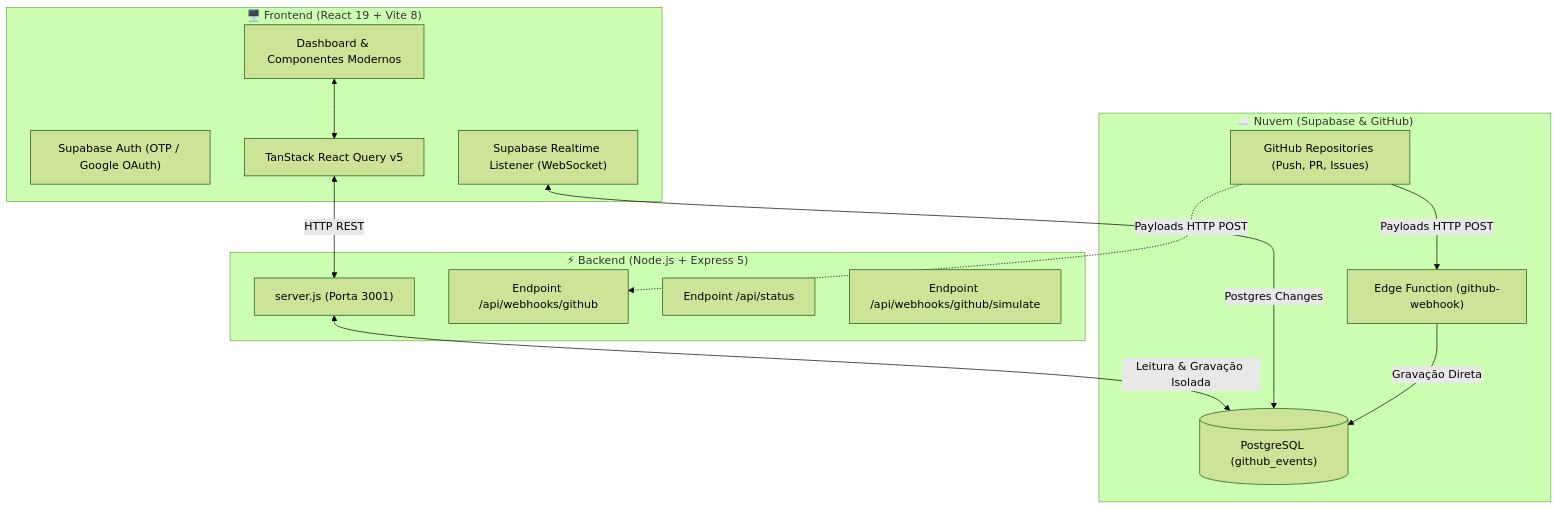
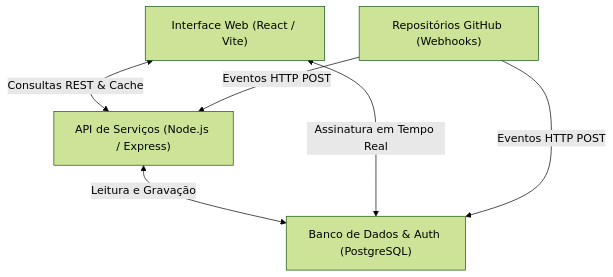
The diagram in README.md (Matheusvs1998/painel-dev), drawn with Mermaid (forest theme) before and after one commit. The commit also changed other lines of this file, not shown here.

````diff
--- a/README.md
+++ b/README.md
@@ -57,30 +50,13 @@
 ```mermaid
 flowchart TD
-    subgraph Frontend["🖥️ Frontend (React 19 + Vite 8)"]
-        UI["Dashboard & Componentes Modernos"]
-        AuthUI["Supabase Auth (OTP / Google OAuth)"]
-        Query["TanStack React Query v5"]
-        Realtime["Supabase Realtime Listener (WebSocket)"]
-    end
+    Frontend["Interface Web (React / Vite)"]
+    Backend["API de Serviços (Node.js / Express)"]
+    Supabase["Banco de Dados & Auth (PostgreSQL)"]
+    GitHub["Repositórios GitHub (Webhooks)"]
 
-    subgraph Backend["⚡ Backend (Node.js + Express 5)"]
-        Server["server.js (Porta 3001)"]
-        GH_Webhook["Endpoint /api/webhooks/github"]
-        Status["Endpoint /api/status"]
-        Simulate["Endpoint /api/webhooks/github/simulate"]
-    end
-
-    subgraph Cloud["☁️ Nuvem (Supabase & GitHub)"]
-        SupabaseDB[("PostgreSQL (github_events)")]
-        EdgeFunctions["Edge Function (github-webhook)"]
-        GitHub["GitHub Repositories (Push, PR, Issues)"]
-    end
-
-    UI <--> Query
-    Query <-->|HTTP REST| Server
-    Server <-->|Leitura & Gravação Isolada| SupabaseDB
-    Realtime <-->|Postgres Changes| SupabaseDB
-    GitHub -->|Payloads HTTP POST| EdgeFunctions
-    EdgeFunctions -->|Gravação Direta| SupabaseDB
-    GitHub -.->|Payloads HTTP POST| GH_Webhook
+    Frontend <-->|Consultas REST & Cache| Backend
+    Backend <-->|Leitura e Gravação| Supabase
+    Frontend <-->|Assinatura em Tempo Real| Supabase
+    GitHub -->|Eventos HTTP POST| Backend
+    GitHub -->|Eventos HTTP POST| Supabase
 ```
````
